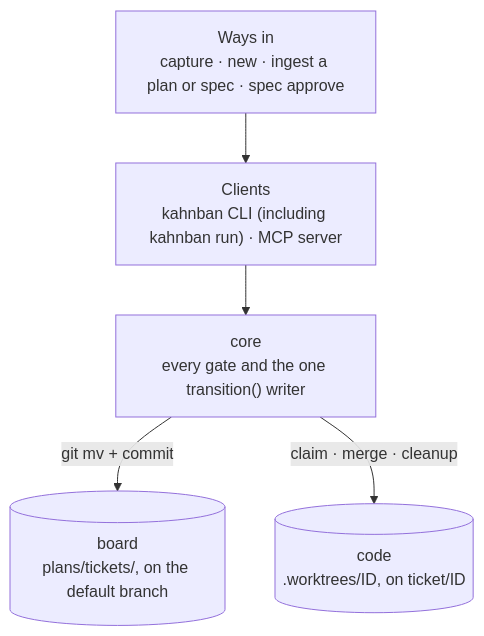
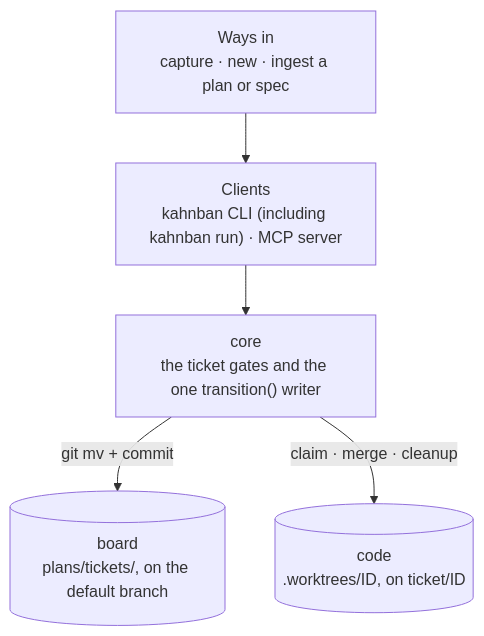
Before and after one commit to HeWhoRoams/Kahnban: the eighth of 9 diagrams in docs/how-it-works.md, drawn with Mermaid. The commit also changed other lines of this file and 1 other file, not shown here.

First line of the commit message:
docs: make the gate diagrams match the engine

````diff
--- a/docs/how-it-works.md
+++ b/docs/how-it-works.md
@@ -228,14 +236,14 @@
 ```mermaid
 ---
 config:
   flowchart:
     useMaxWidth: false
 ---
 flowchart TD
-  ways["Ways in<br/>capture · new · ingest a plan or spec · spec approve"]
+  ways["Ways in<br/>capture · new · ingest a plan or spec"]
   clients["Clients<br/>kahnban CLI (including kahnban run) · MCP server"]
-  core["core<br/>every gate and the one transition() writer"]
+  core["core<br/>the ticket gates and the one transition() writer"]
   ways --> clients --> core
   core -->|"git mv + commit"| board[("board<br/>plans/tickets/, on the default branch")]
   core -->|"claim · merge · cleanup"| code[("code<br/>.worktrees/ID, on ticket/ID")]
 ```
````
